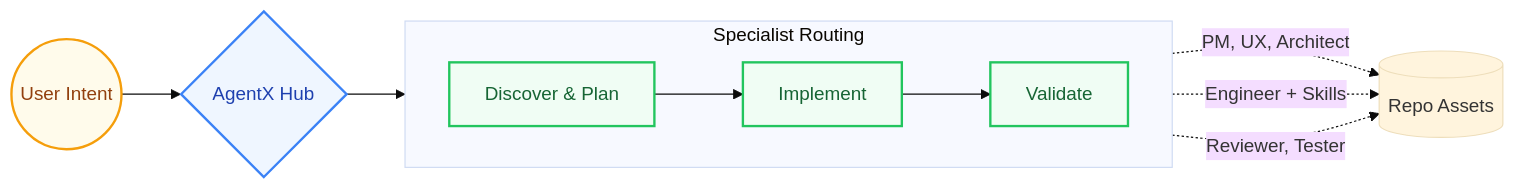
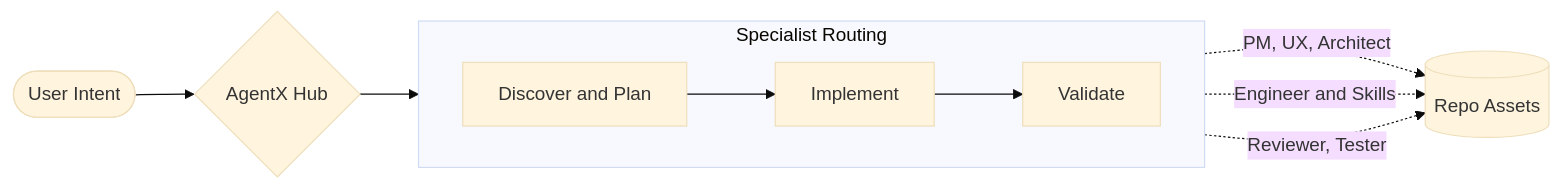
One commit to premaarya/AgentX-Test changed the second of 3 diagrams in README.md. Above: the diagram before and after it, drawn with Mermaid (base theme). The commit also changed other lines of this file and 1 other file, not shown here.

Commit message:
docs: fix broken README diagrams [skip-issue]

````diff
--- a/README.md
+++ b/README.md
@@ -98,19 +93,15 @@
 ```mermaid
 flowchart LR
-    classDef intent fill:#fffbeb,stroke:#f59e0b,stroke-width:2px,color:#92400e
-    classDef hub fill:#eff6ff,stroke:#3b82f6,stroke-width:2px,color:#1e40af
-    classDef phase fill:#f0fdf4,stroke:#22c55e,stroke-width:2px,color:#166534
-    
-    UI((User Intent)):::intent --> Hub{AgentX Hub}:::hub
-    
-    subgraph SpecialistRouting [Specialist Routing]
+  UI([User Intent]) --> Hub{AgentX Hub}
+
+  subgraph SpecialistRouting[Specialist Routing]
         direction LR
-        D[Discover & Plan]:::phase --> I[Implement]:::phase --> V[Validate]:::phase
+    D[Discover and Plan] --> I[Implement] --> V[Validate]
     end
-    
+
     Hub --> SpecialistRouting
-    
-    D -.->|PM, UX, Architect| Assets[(Repo Assets)]
-    I -.->|Engineer + Skills| Assets
+
+  D -.->|PM, UX, Architect| Assets[(Repo Assets)]
+  I -.->|Engineer and Skills| Assets
     V -.->|Reviewer, Tester| Assets
 ```
````
